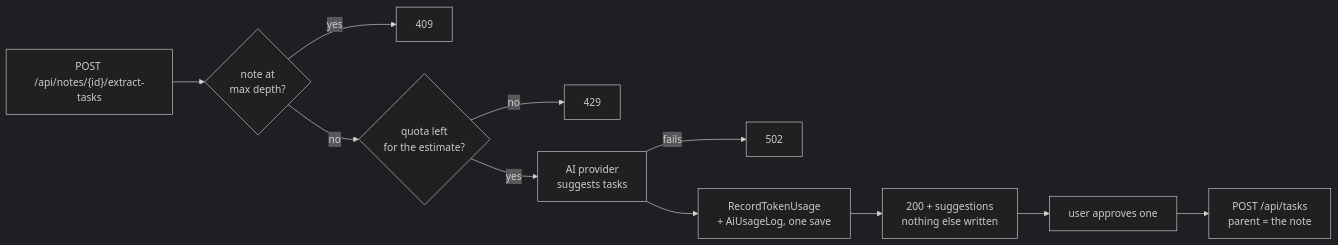
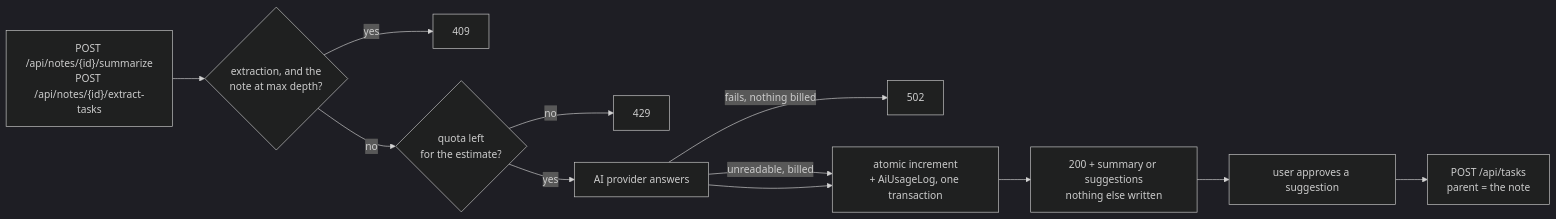
Before and after one commit to alamr-nawaf/StudyHub: the seventh of 8 diagrams in docs/ARCHITECTURE.md, drawn with Mermaid (dark theme). The commit also changed other lines of this file and 40 other files, not shown here.

````diff
--- a/docs/ARCHITECTURE.md
+++ b/docs/ARCHITECTURE.md
@@ -348,13 +354,14 @@
 ```mermaid
 graph LR
-    N["POST /api/notes/{id}/extract-tasks"] --> D{"note at<br/>max depth?"}
+    N["POST /api/notes/{id}/summarize<br/>POST /api/notes/{id}/extract-tasks"] --> D{"extraction, and the<br/>note at max depth?"}
     D -->|yes| R1["409"]
     D -->|no| Q{"quota left<br/>for the estimate?"}
     Q -->|no| R2["429"]
-    Q -->|yes| AI["AI provider<br/>suggests tasks"]
-    AI -->|fails| R3["502"]
-    AI --> L["RecordTokenUsage<br/>+ AiUsageLog, one save"]
-    L --> S["200 + suggestions<br/>nothing else written"]
-    S --> U["user approves one"]
+    Q -->|yes| AI["AI provider answers"]
+    AI -->|"fails, nothing billed"| R3["502"]
+    AI -->|"unreadable, billed"| L
+    AI --> L["atomic increment<br/>+ AiUsageLog, one transaction"]
+    L --> S["200 + summary or suggestions<br/>nothing else written"]
+    S --> U["user approves a suggestion"]
     U --> T["POST /api/tasks<br/>parent = the note"]
 ```
````
